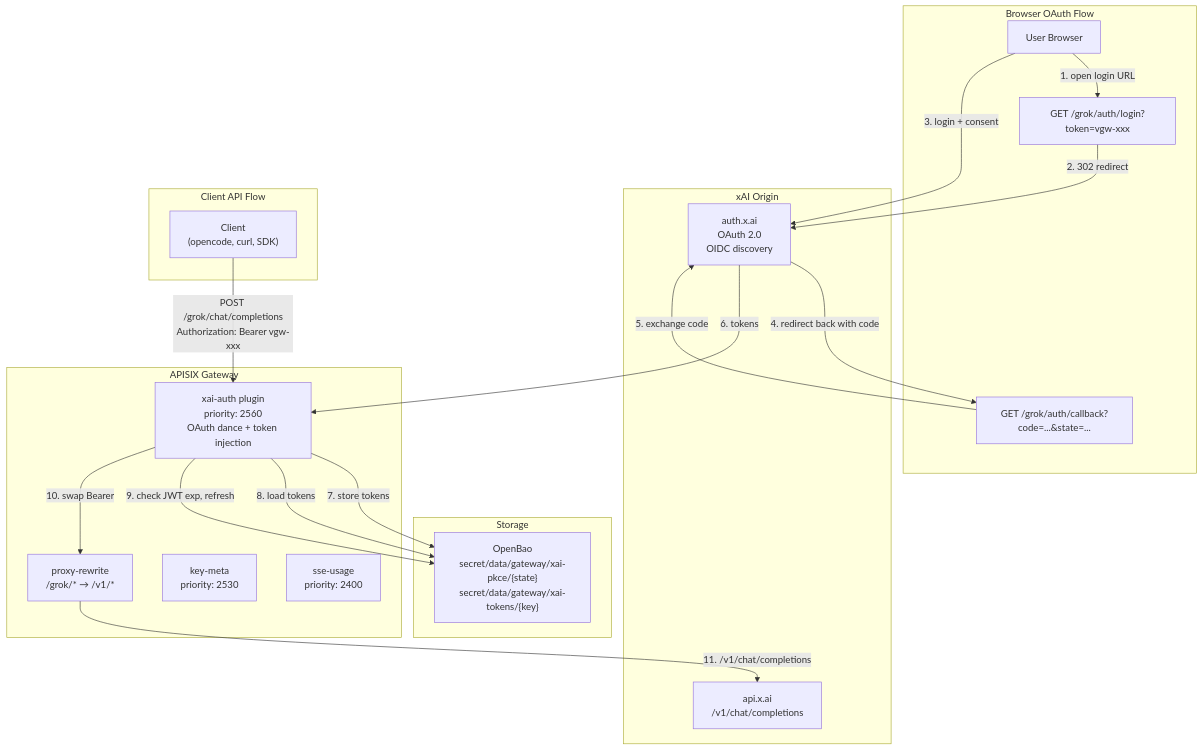
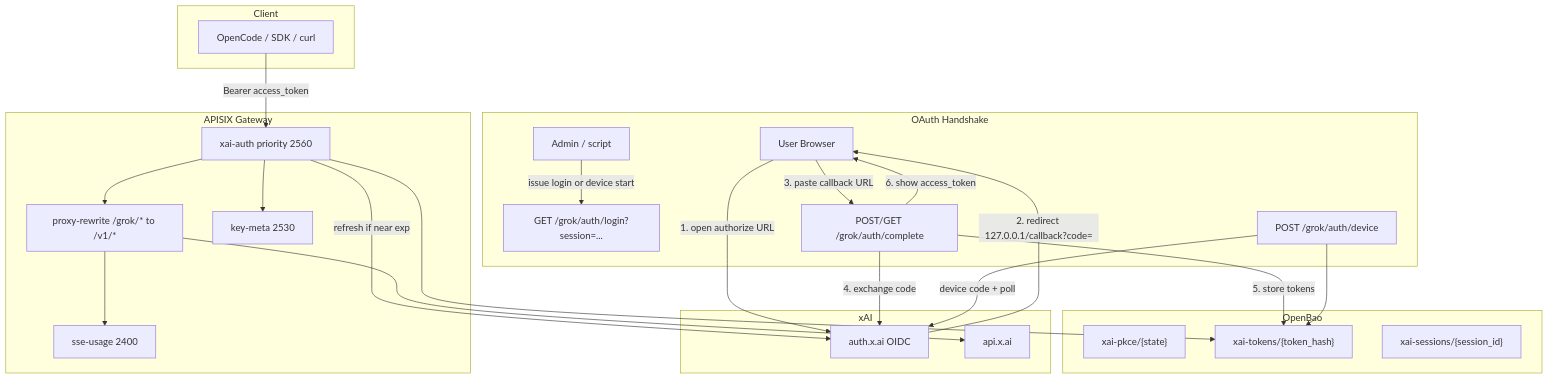
One commit to Independent-AI-Labs/WORKSPACE-GATEWAY changed the first of 2 diagrams in docs/PROVIDER-XAI-GROK.md. Above: the diagram before and after it, drawn with Mermaid. The commit also changed other lines of this file and 55 other files, not shown here.

First line of the commit message:
feat: add provider-sync gateway service and client config

````diff
--- a/docs/PROVIDER-XAI-GROK.md
+++ b/docs/PROVIDER-XAI-GROK.md
@@ -93,42 +125,50 @@
 ```mermaid
 graph TB
-    subgraph "Browser OAuth Flow"
-        BROWSER["User Browser"]
-        LOGIN["GET /grok/auth/login?token=vgw-xxx"]
-        CALLBACK["GET /grok/auth/callback?code=...&state=..."]
+    subgraph handshake [OAuth Handshake]
+        ADMIN["Admin / script"]
+        USER["User Browser"]
+        LOGIN["GET /grok/auth/login?session=..."]
+        COMPLETE["POST/GET /grok/auth/complete"]
+        DEVICE["POST /grok/auth/device"]
     end
 
-    subgraph "APISIX Gateway"
-        XAUTH["xai-auth plugin<br/>priority: 2560<br/>OAuth dance + token injection"]
-        PRW["proxy-rewrite<br/>/grok/* → /v1/*"]
-        KM["key-meta<br/>priority: 2530"]
-        SU["sse-usage<br/>priority: 2400"]
+    subgraph apisix [APISIX Gateway]
+        XAUTH["xai-auth priority 2560"]
+        PRW["proxy-rewrite /grok/* to /v1/*"]
+        KM["key-meta 2530"]
+        SU["sse-usage 2400"]
     end
 
-    subgraph "Storage"
-        OPENBAO["OpenBao<br/>secret/data/gateway/xai-pkce/{state}<br/>secret/data/gateway/xai-tokens/{key}"]
+    subgraph storage [OpenBao]
+        PKCE["xai-pkce/{state}"]
+        TOK["xai-tokens/{token_hash}"]
+        SESS["xai-sessions/{session_id}"]
     end
 
-    subgraph "xAI Origin"
-        XAUTH_SVC["auth.x.ai<br/>OAuth 2.0<br/>OIDC discovery"]
-        XAPI["api.x.ai<br/>/v1/chat/completions"]
+    subgraph xai [xAI]
+        AUTH["auth.x.ai OIDC"]
+        API["api.x.ai"]
     end
 
-    BROWSER -->|"1. open login URL"| LOGIN
-    LOGIN -->|"2. 302 redirect"| XAUTH_SVC
-    BROWSER -->|"3. login + consent"| XAUTH_SVC
-    XAUTH_SVC -->|"4. redirect back with code"| CALLBACK
-    CALLBACK -->|"5. exchange code"| XAUTH_SVC
-    XAUTH_SVC -->|"6. tokens"| XAUTH
-    XAUTH -->|"7. store tokens"| OPENBAO
-
-    subgraph "Client API Flow"
-        CLIENT["Client<br/>(opencode, curl, SDK)"]
+    subgraph client [Client]
+        APP["OpenCode / SDK / curl"]
     end
 
-    CLIENT -->|"POST /grok/chat/completions<br/>Authorization: Bearer vgw-xxx"| XAUTH
-    XAUTH -->|"8. load tokens"| OPENBAO
-    XAUTH -->|"9. check JWT exp, refresh"| OPENBAO
-    XAUTH -->|"10. swap Bearer"| PRW
-    PRW -->|"11. /v1/chat/completions"| XAPI
+    ADMIN -->|"issue login or device start"| LOGIN
+    USER -->|"1. open authorize URL"| AUTH
+    AUTH -->|"2. redirect 127.0.0.1/callback?code="| USER
+    USER -->|"3. paste callback URL"| COMPLETE
+    COMPLETE -->|"4. exchange code"| AUTH
+    COMPLETE -->|"5. store tokens"| TOK
+    COMPLETE -->|"6. show access_token"| USER
+
+    DEVICE -->|"device code + poll"| AUTH
+    DEVICE --> TOK
+
+    APP -->|"Bearer access_token"| XAUTH
+    XAUTH --> TOK
+    XAUTH -->|"refresh if near exp"| AUTH
+    XAUTH --> PRW --> API
+    XAUTH --> KM
+    PRW --> SU
 ```
````
